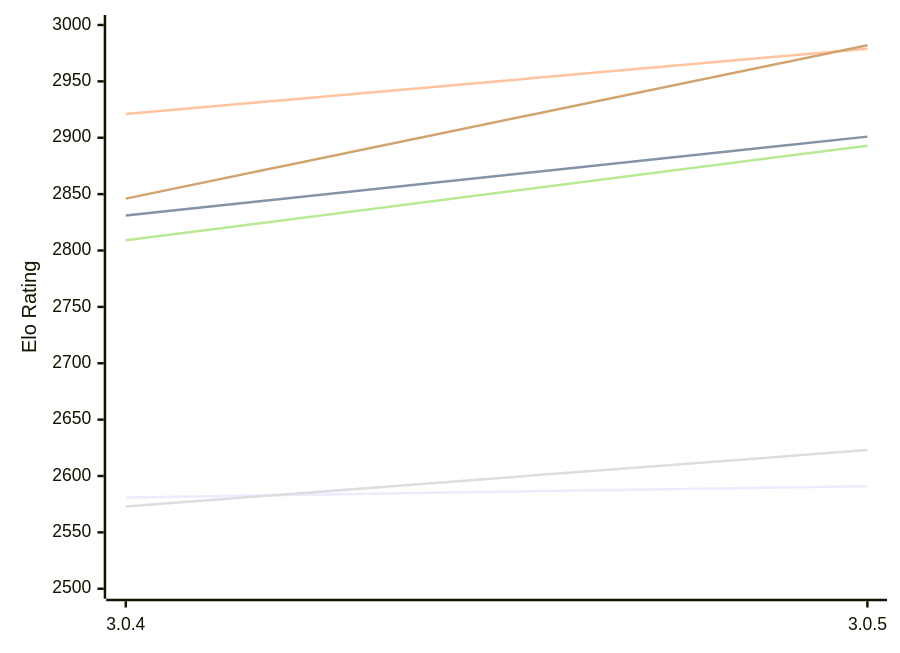
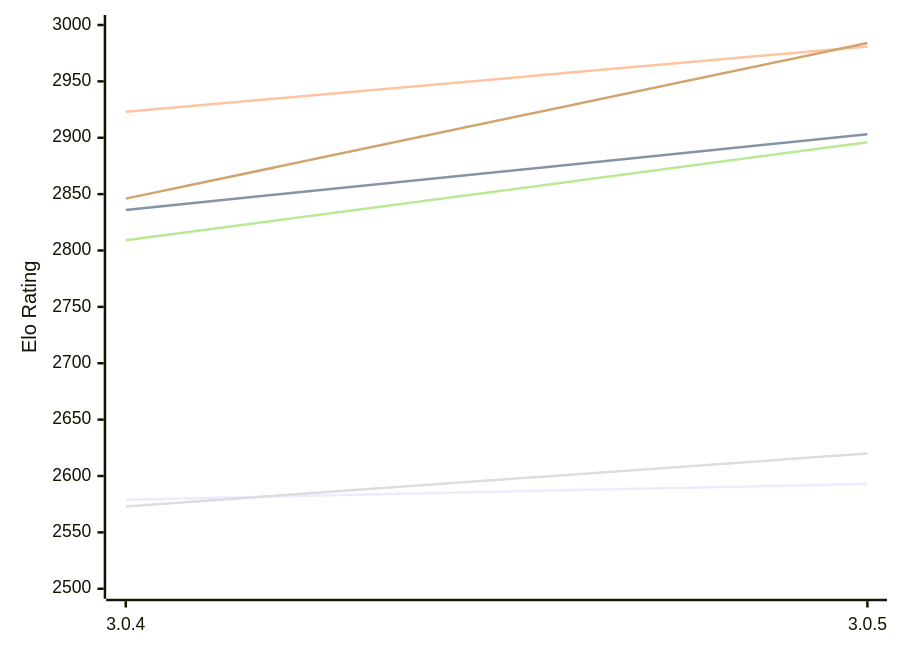
Before and after one commit to computer-chess-index/cci: the first of 2 diagrams in engines/Rudim.md, drawn with Mermaid. The commit also changed other lines of this file, not shown here.

Commit message:
Update CCI Ratings (ELO VLTC) - 2026-11-27

````diff
--- a/engines/Rudim.md
+++ b/engines/Rudim.md
@@ -59,12 +59,12 @@
 ```mermaid
 %%{init: {"theme":"base","themeVariables":{"seriesColors:['#a3a3a3','#222221','#faa371']}}}%%
 xychart-beta
   x-axis ["3.0.4", "3.0.5"]
   y-axis "Elo Rating" 2500 --> 3000
-  line "E1: STC (8.0+0.08s)" [2581, 2591]
-  line "E1: LTC (60.0+0.60s)" [2831, 2901]
-  line "E1: VLTC (2m24s+1.12s)" [2921, 2979]
-  line "P1: STC (8.0+0.08s)" [2573, 2623]
-  line "P1: LTC (60.0+0.60s)" [2809, 2893]
-  line "P1: VLTC (2m24s+1.12s)" [2846, 2982]
+  line "E1: STC (8.0+0.08s)" [2579, 2593]
+  line "E1: LTC (60.0+0.60s)" [2836, 2903]
+  line "E1: VLTC (2m24s+1.12s)" [2923, 2981]
+  line "P1: STC (8.0+0.08s)" [2573, 2620]
+  line "P1: LTC (60.0+0.60s)" [2809, 2896]
+  line "P1: VLTC (2m24s+1.12s)" [2846, 2984]
 ```
````
